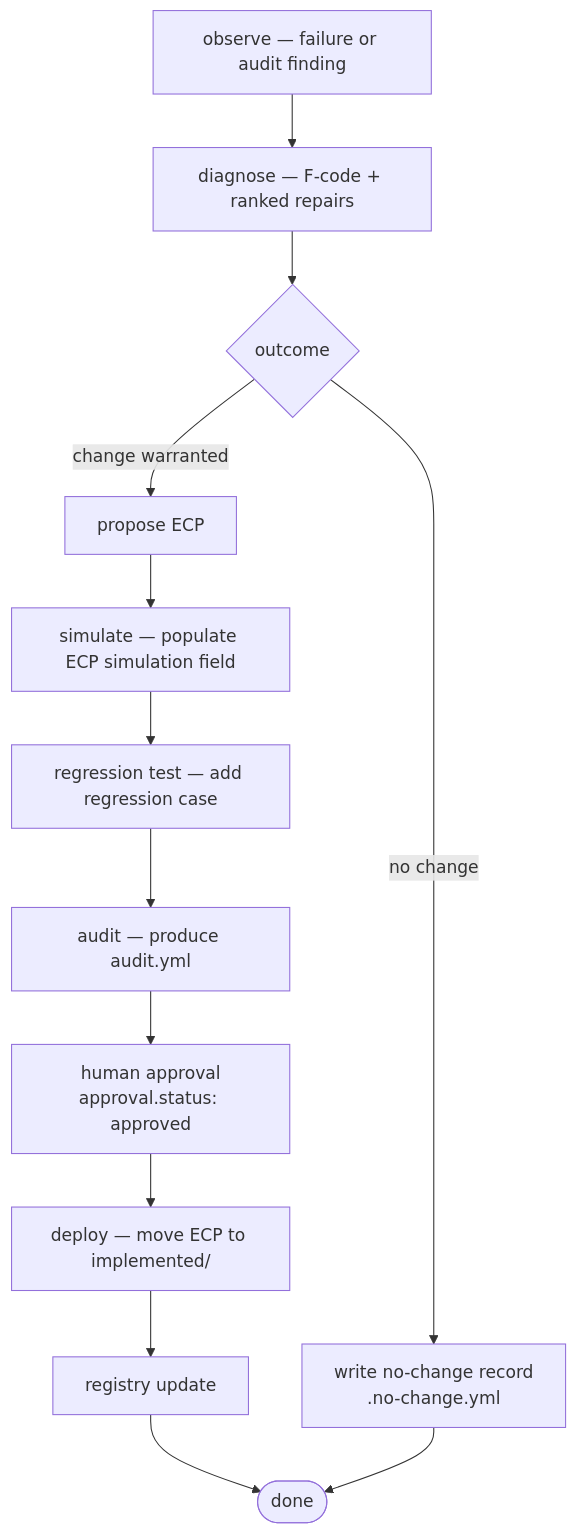
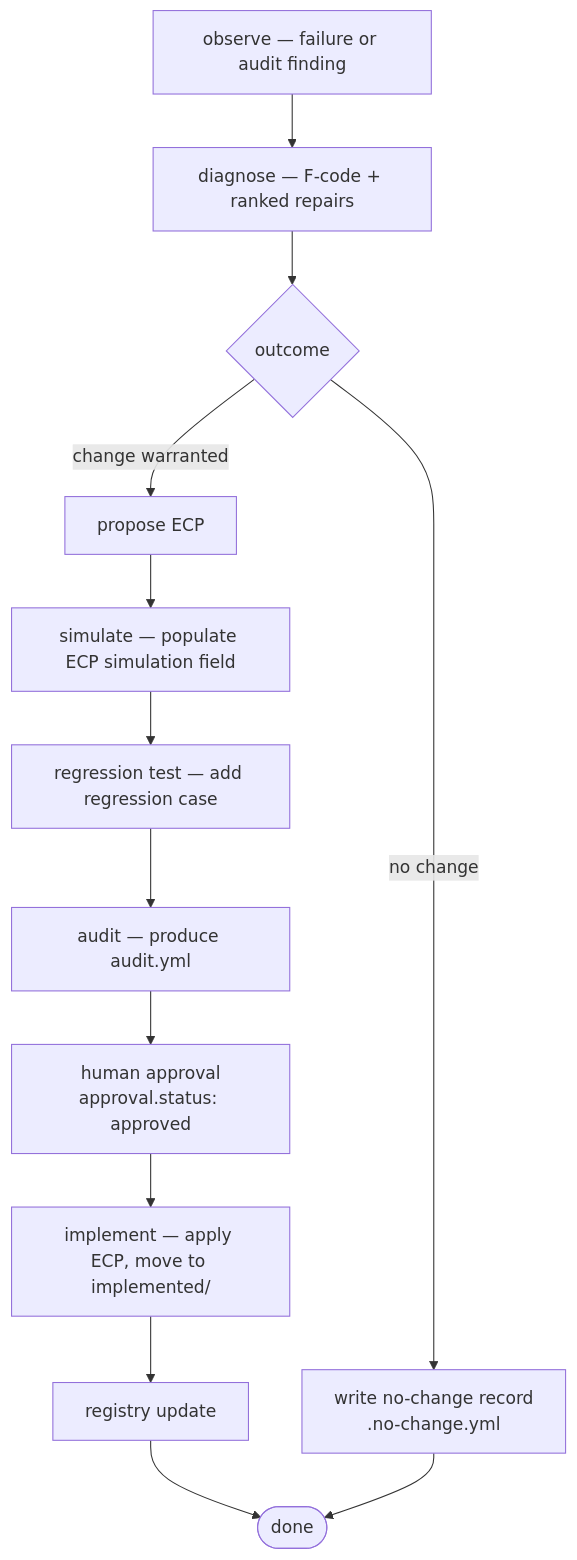
One commit to xiaolai/eou-foundry changed the fifth of 5 diagrams in dev-docs/02-architecture.md. Above: the diagram before and after it, drawn with Mermaid. The commit also changed other lines of this file and 12 other files, not shown here.

````diff
--- a/dev-docs/02-architecture.md
+++ b/dev-docs/02-architecture.md
@@ -406,15 +411,15 @@
 ```mermaid
 flowchart TD
     OBS["observe — failure or audit finding"] --> DIA["diagnose — F-code + ranked repairs"]
     DIA --> OUT{outcome}
     OUT -->|change warranted| PRO[propose ECP]
     OUT -->|no change| NOC["write no-change record\n.no-change.yml"]
     PRO --> SIM["simulate — populate ECP simulation field"]
     SIM --> REG["regression test — add regression case"]
     REG --> AUD["audit — produce audit.yml"]
     AUD --> APP["human approval\napproval.status: approved"]
-    APP --> DEP["deploy — move ECP to implemented/"]
+    APP --> DEP["implement — apply ECP, move to implemented/"]
     DEP --> UPD[registry update]
     UPD --> DONE([done])
     NOC --> DONE
 ```
````
